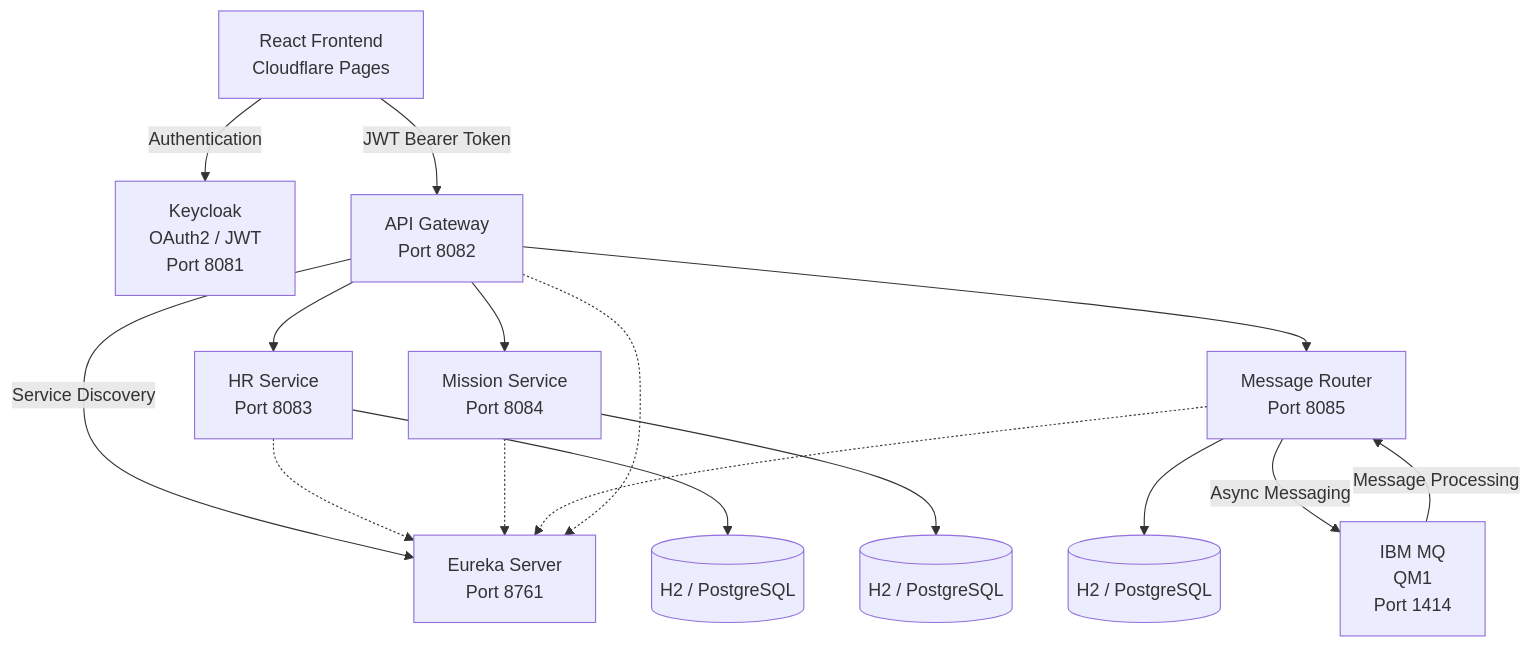
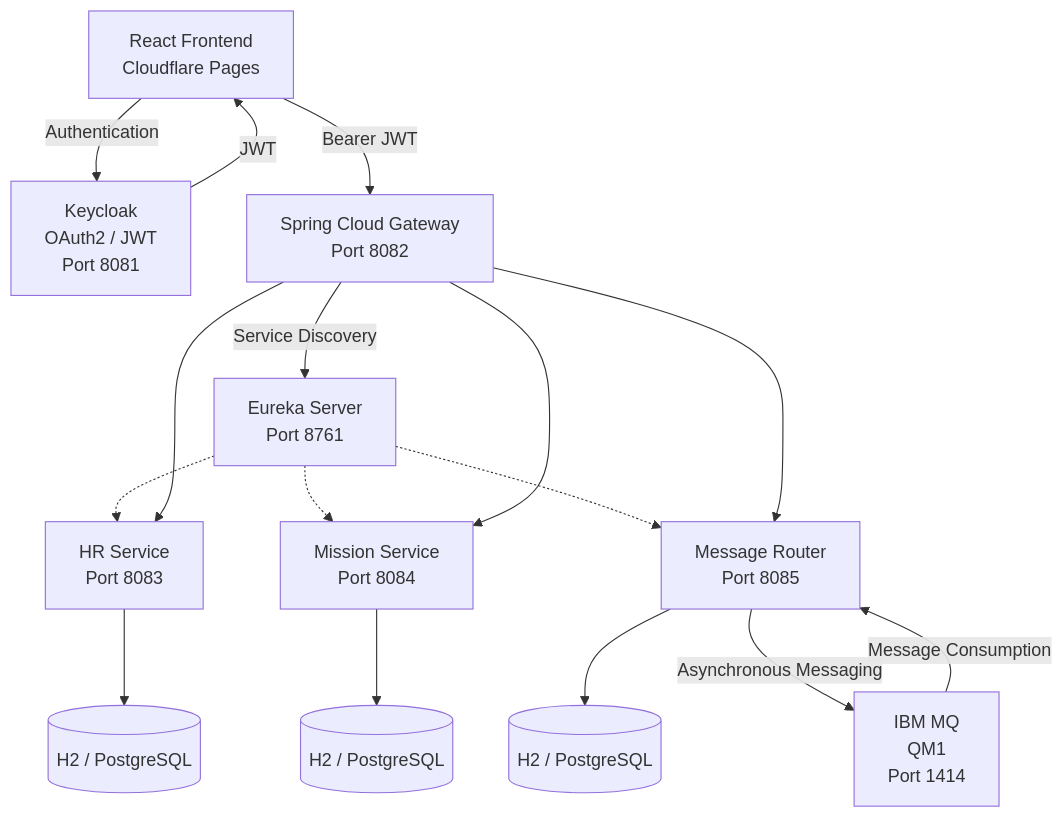
Before and after one commit to youssefJmaiel/bankapp-microservice: the diagram in README.md, drawn with Mermaid. The commit also changed other lines of this file, not shown here.

````diff
--- a/README.md
+++ b/README.md
@@ -61,41 +105,45 @@
 ```mermaid
 flowchart TB
 
-    Client["React Frontend<br/>Cloudflare Pages"]
+    CLIENT["React Frontend<br/>Cloudflare Pages"]
 
     KC["Keycloak<br/>OAuth2 / JWT<br/>Port 8081"]
 
-    GW["API Gateway<br/>Port 8082"]
+    GW["Spring Cloud Gateway<br/>Port 8082"]
 
     EUREKA["Eureka Server<br/>Port 8761"]
 
     HR["HR Service<br/>Port 8083"]
+
     MISSION["Mission Service<br/>Port 8084"]
+
     MSG["Message Router<br/>Port 8085"]
-
-    MQ["IBM MQ<br/>QM1<br/>Port 1414"]
 
     HRDB[("H2 / PostgreSQL")]
     MISSIONDB[("H2 / PostgreSQL")]
     MSGDB[("H2 / PostgreSQL")]
 
-    Client -->|JWT Bearer Token| GW
-    Client -->|Authentication| KC
+    MQ["IBM MQ<br/>QM1<br/>Port 1414"]
 
-    GW -->|Service Discovery| EUREKA
+    CLIENT -->|"Authentication"| KC
+    KC -->|"JWT"| CLIENT
+
+    CLIENT -->|"Bearer JWT"| GW
+
+    GW -->|"Service Discovery"| EUREKA
+
+    EUREKA -.-> HR
+    EUREKA -.-> MISSION
+    EUREKA -.-> MSG
+
     GW --> HR
     GW --> MISSION
     GW --> MSG
 
     HR --> HRDB
     MISSION --> MISSIONDB
     MSG --> MSGDB
 
-    MSG -->|Async Messaging| MQ
-    MQ -->|Message Processing| MSG
-
-    HR -.-> EUREKA
-    MISSION -.-> EUREKA
-    MSG -.-> EUREKA
-    GW -.-> EUREKA
+    MSG -->|"Asynchronous Messaging"| MQ
+    MQ -->|"Message Consumption"| MSG
 ```
````
